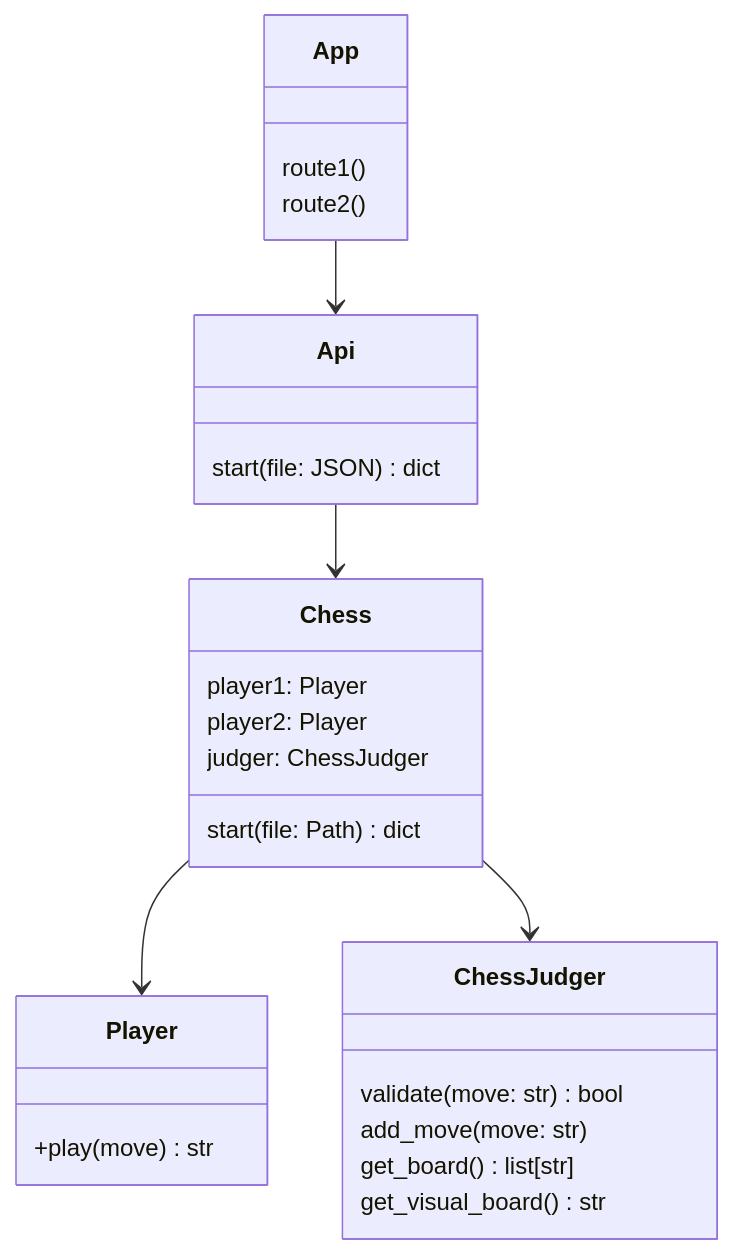
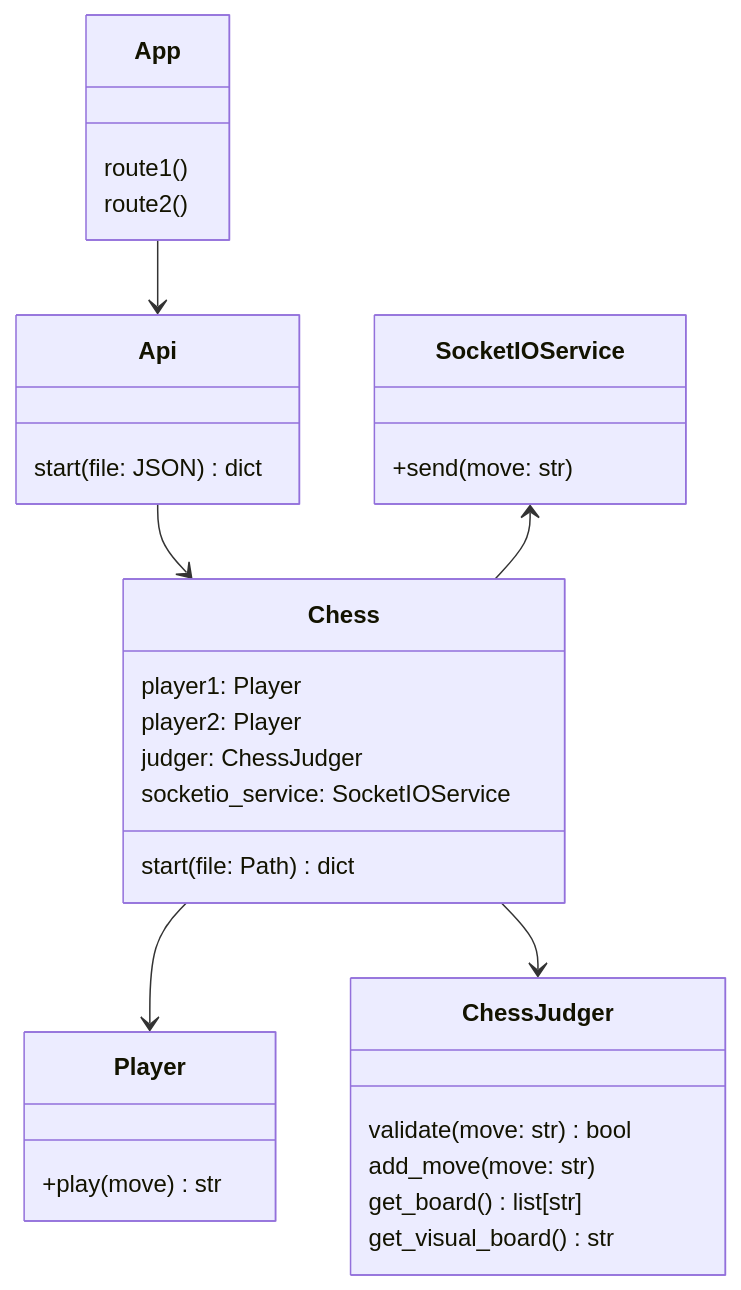
One commit to game-ai-platform-team/tira-ai-platform changed the third of 3 diagrams in docs/architecture.md. Above: the diagram before and after it, drawn with Mermaid. The commit also changed other lines of this file, not shown here.

Commit message:
docs: Add SocketIOService

````diff
--- a/docs/architecture.md
+++ b/docs/architecture.md
@@ -86,35 +89,41 @@
 ```mermaid
 classDiagram
 
 App --> Api
 Api --> Chess
 Chess --> Player
 Chess --> ChessJudger
+SocketIOService <-- Chess
+
+class SocketIOService {
+    +send(move: str)
+}
 
 class Chess {
     start(file: Path) dict
     player1: Player
     player2: Player
     judger: ChessJudger
+    socketio_service: SocketIOService
 }
 
 class ChessJudger {
     validate(move: str) bool
     add_move(move: str)
     get_board() list[str]
     get_visual_board() str
 }
 
 class Player {
     +play(move) str
 }
 
 class Api {
     start(file: JSON) dict
 }
 
 class App {
     route1()
     route2()
 }
 ```
````
